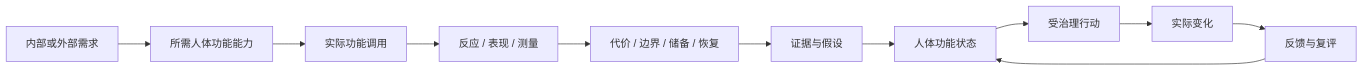
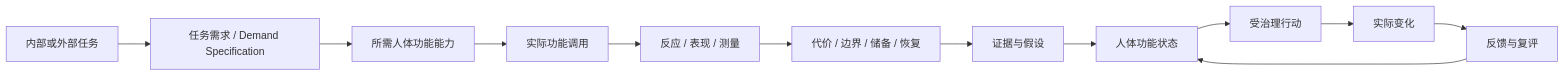
One commit to dlehche/MoveTips-Unified-Functional-Ontology changed the diagram in README.zh-CN.md. Above: the diagram before and after it, drawn with Mermaid. The commit also changed other lines of this file, not shown here.

Commit message:
Audit Chinese UOHF homepage for capacity preprint and task-demand chain

````diff
--- a/README.zh-CN.md
+++ b/README.zh-CN.md
@@ -89,13 +87,14 @@
 ```mermaid
 flowchart LR
-    D[内部或外部需求] --> RC[所需人体功能能力]
+    T[内部或外部任务] --> D[任务需求 / Demand Specification]
+    D --> RC[所需人体功能能力]
     RC --> FE[实际功能调用]
     FE --> R[反应 / 表现 / 测量]
     R --> C[代价 / 边界 / 储备 / 恢复]
     C --> E[证据与假设]
     E --> S[人体功能状态]
     S --> A[受治理行动]
     A --> CH[实际变化]
     CH --> FB[反馈与复评]
     FB --> S
 ```
````
